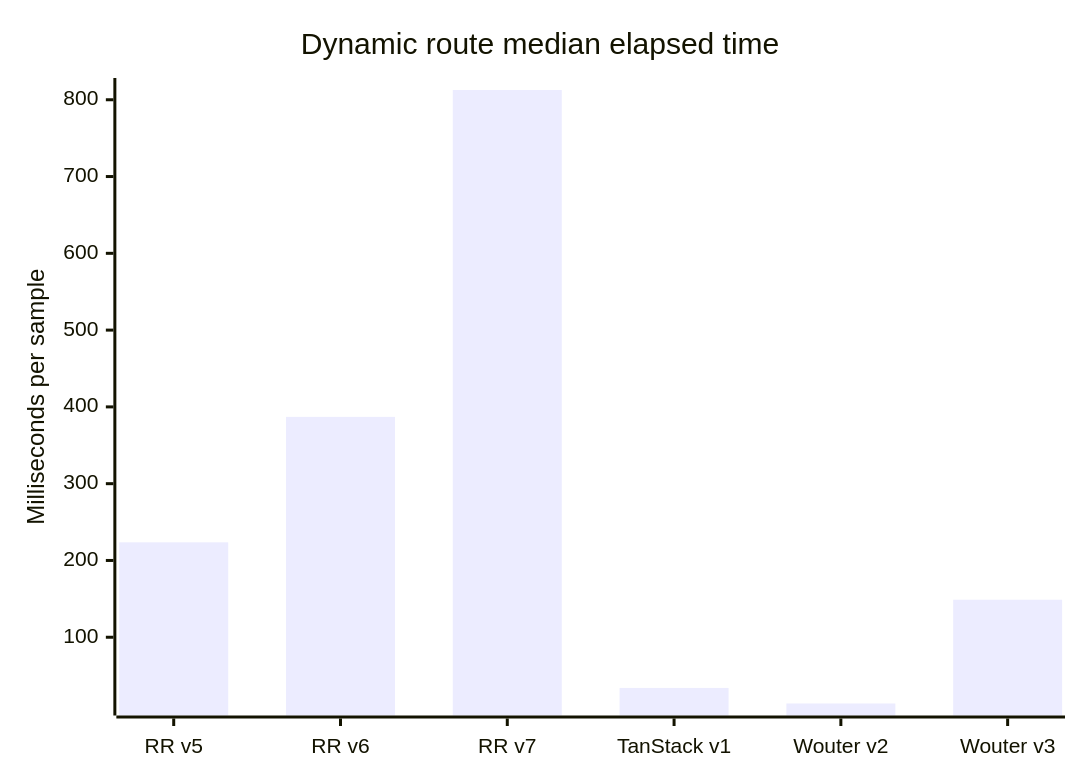
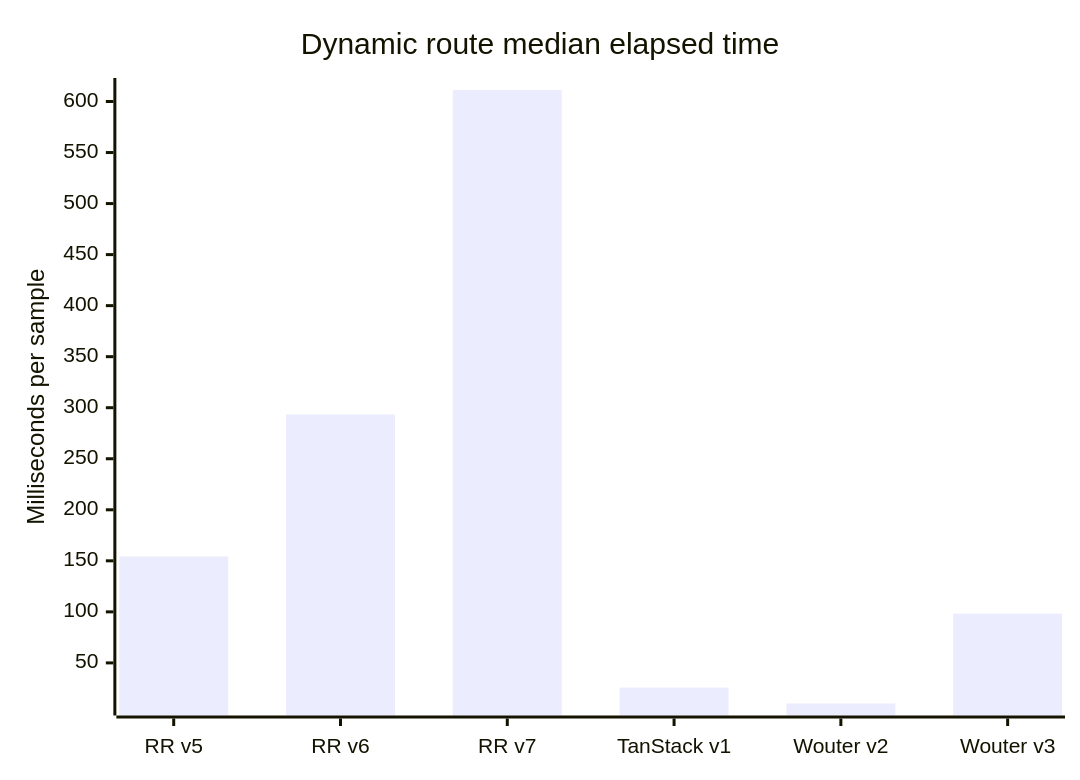
One commit to rudolfolah/benchmark-routers-for-react changed the first of 3 diagrams in README.md. Above: the diagram before and after it, drawn with Mermaid. The commit also changed other lines of this file and 1 other file, not shown here.

````diff
--- a/README.md
+++ b/README.md
@@ -100,7 +100,7 @@
 ```mermaid
 xychart-beta
     title "Dynamic route median elapsed time"
     x-axis ["RR v5", "RR v6", "RR v7", "TanStack v1", "Wouter v2", "Wouter v3"]
     y-axis "Milliseconds per sample"
-    bar [223.617, 387.001, 812.703, 33.962, 13.714, 148.875]
+    bar [154.314, 293.396, 611.264, 25.842, 10.221, 98.308]
 ```
````
